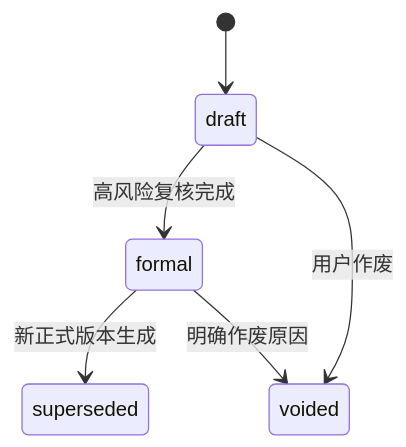
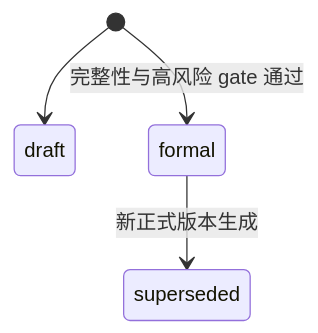
Before and after one commit to pinkman010/esg-agent: the third of 3 diagrams in docs/product/state-model.md, drawn with Mermaid. The commit also changed other lines of this file and 8 other files, not shown here.

````diff
--- a/docs/product/state-model.md
+++ b/docs/product/state-model.md
@@ -87,8 +92,6 @@
 ```mermaid
 stateDiagram-v2
     [*] --> draft
-    draft --> formal: 高风险复核完成
+    [*] --> formal: 完整性与高风险 gate 通过
     formal --> superseded: 新正式版本生成
-    draft --> voided: 用户作废
-    formal --> voided: 明确作废原因
 ```
````
